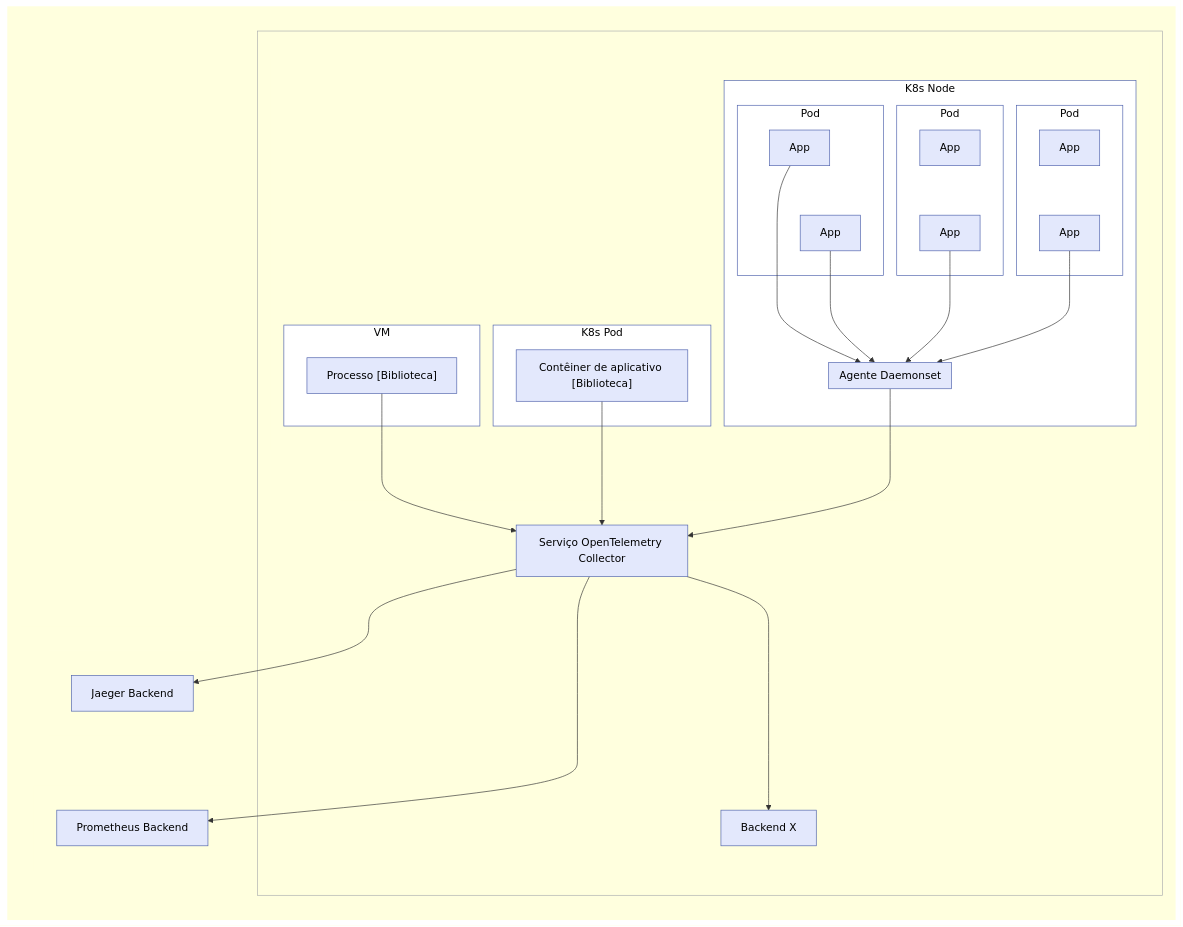
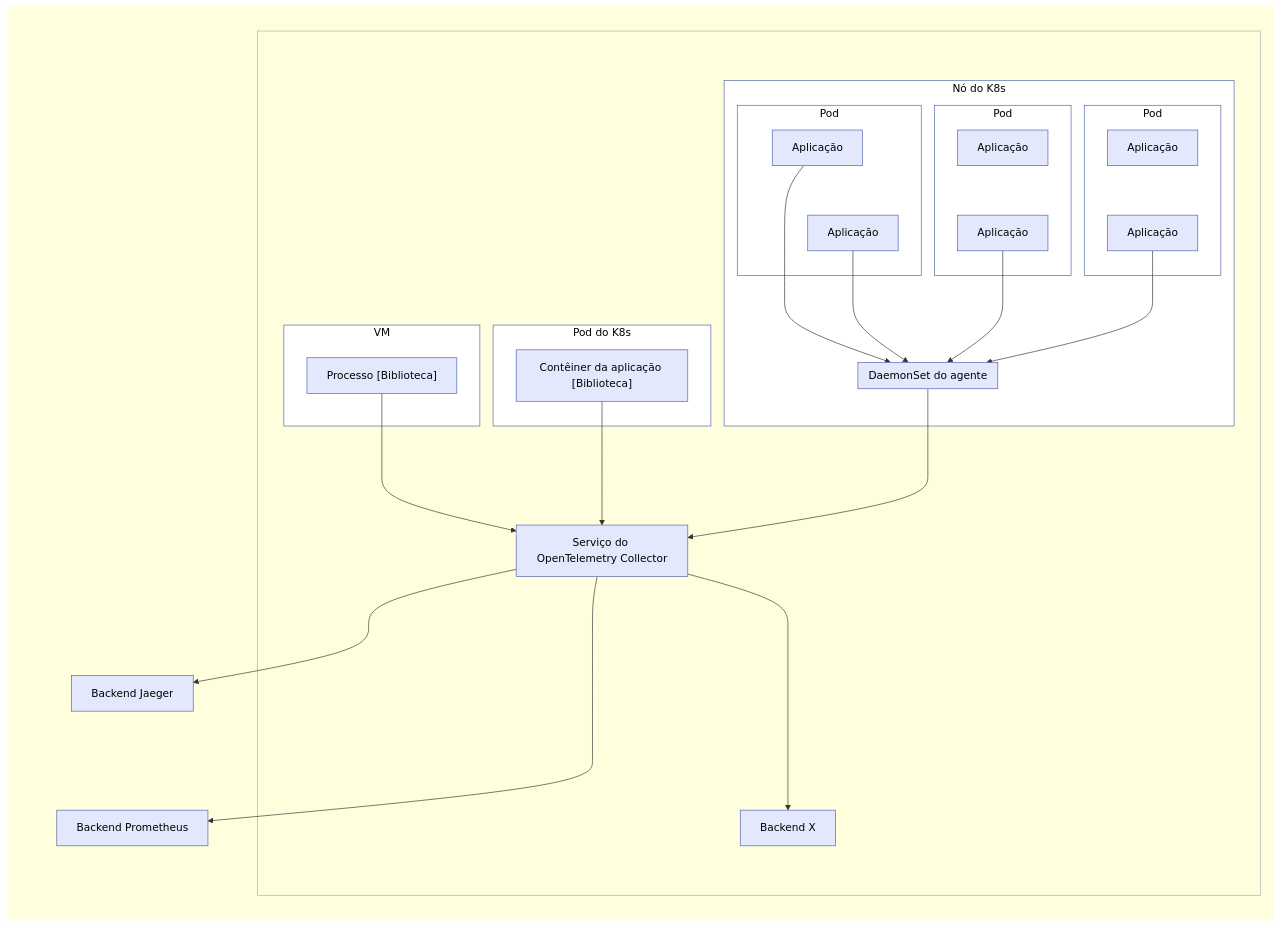
The seventh of 7 diagrams in content/pt/docs/collector/architecture.md (open-telemetry/opentelemetry.io), drawn with Mermaid before and after one commit. The commit also changed other lines of this file, not shown here.

Commit message:
docs(pt): localize Collector architecture

````diff
--- a/content/pt/docs/collector/architecture.md
+++ b/content/pt/docs/collector/architecture.md
@@ -364,58 +363,58 @@
 ```mermaid
 flowchart LR
   subgraph S1 ["#nbsp;"]
       subgraph S2 ["#nbsp;"]
         subgraph S3 ["#nbsp;"]
           subgraph VM [VM]
               PR["Processo [Biblioteca]"]
           end
-          subgraph K8s-pod [K8s Pod]
-              AC["`Contêiner de aplicativo [Biblioteca]`"]
+          subgraph K8s-pod [Pod do K8s]
+              AC["Contêiner da aplicação [Biblioteca]"]
           end
-          subgraph K8s-node [K8s Node]
+          subgraph K8s-node [Nó do K8s]
               subgraph Pod1 [Pod]
-                  APP1[App] ~~~ APP2[App]
+                  APP1[Aplicação] ~~~ APP2[Aplicação]
               end
               subgraph Pod2 [Pod]
-                  APP3[App] ~~~ APP4[App]
+                  APP3[Aplicação] ~~~ APP4[Aplicação]
               end
               subgraph Pod3 [Pod]
-                  APP5[App] ~~~ APP6[App]
+                  APP5[Aplicação] ~~~ APP6[Aplicação]
               end
-              subgraph AD [Agente Daemonset]
+              subgraph AD [DaemonSet do agente]
               end
               APP1 --> AD
               APP2 --> AD
               APP4 --> AD
               APP6 --> AD
           end
         end
         subgraph S4 ["#nbsp;"]
-            PR --> OTEL["`Serviço OpenTelemetry Collector`"]
+            PR --> OTEL["Serviço do OpenTelemetry Collector"]
             AC --> OTEL
             AD --> OTEL
             OTEL ---> BE[Backend X]
         end
       end
       subgraph S5 ["#nbsp;"]
         subgraph S6 ["#nbsp;"]
-            JA[Jaeger Backend]
+            JA[Backend Jaeger]
         end
         subgraph S7 ["#nbsp;"]
-            PRM[Prometheus Backend]
+            PRM[Backend Prometheus]
         end
       end
       JA ~~~ PRM
       OTEL --> JA
       OTEL --> PRM
   end
 
 class S1,S3,S4,S5,S6,S7,S8 noLines;
 class VM,K8s-pod,K8s-node,Pod1,Pod2,Pod3 withLines;
 class S2 lightLines
 class PR,AC,APP1,APP2,APP3,APP4,APP5,APP6,AD,OTEL,BE,JA,PRM nodeStyle
 classDef noLines stroke-width:0px,color:#000000;
 classDef withLines fill:#fff,stroke:#4f62ad,color:#000000;
 classDef lightLines stroke:#acaeb0,color:#000000;
 classDef nodeStyle fill:#e3e8fc,stroke:#4f62ad,color:#000000;
 ```
````
